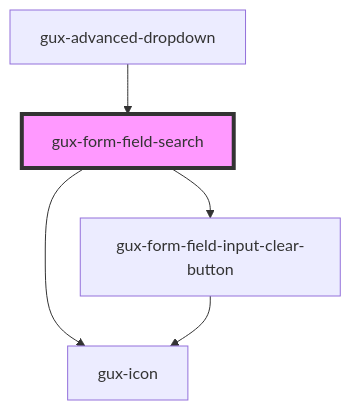
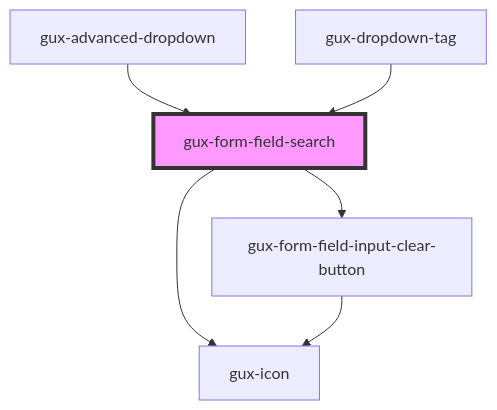
The diagram in src/components/stable/gux-form-field/components/gux-form-field-search/readme.md (sonaliGenesys/genesys-webcomponents), drawn with Mermaid before and after one commit. The commit also changed other lines of this file and 5 other files, not shown here.

````diff
--- a/src/components/stable/gux-form-field/components/gux-form-field-search/readme.md
+++ b/src/components/stable/gux-form-field/components/gux-form-field-search/readme.md
@@ -50,8 +51,9 @@
 ```mermaid
 graph TD;
   gux-form-field-search --> gux-icon
   gux-form-field-search --> gux-form-field-input-clear-button
   gux-form-field-input-clear-button --> gux-icon
   gux-advanced-dropdown --> gux-form-field-search
+  gux-dropdown-tag --> gux-form-field-search
   style gux-form-field-search fill:#f9f,stroke:#333,stroke-width:4px
 ```
````
